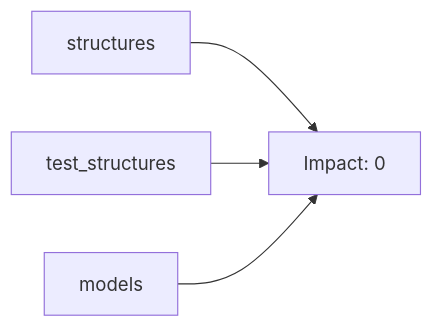
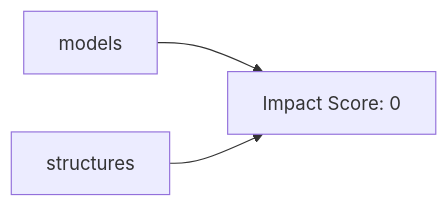
The second of 4 diagrams in REQUESTS_THE_BOOK.md (ralphie49/vasco), drawn with Mermaid before and after one commit. The commit also changed other lines of this file and 6 other files, not shown here.

````diff
--- a/REQUESTS_THE_BOOK.md
+++ b/REQUESTS_THE_BOOK.md
@@ -199,6 +51,5 @@
 ```mermaid
 graph LR
-    structures --> Imp_0[Impact: 0]
-    test_structures --> Imp_0[Impact: 0]
-    models --> Imp_0[Impact: 0]
+    models --> Imp_0[Impact Score: 0]
+    structures --> Imp_0[Impact Score: 0]
 ```
````
